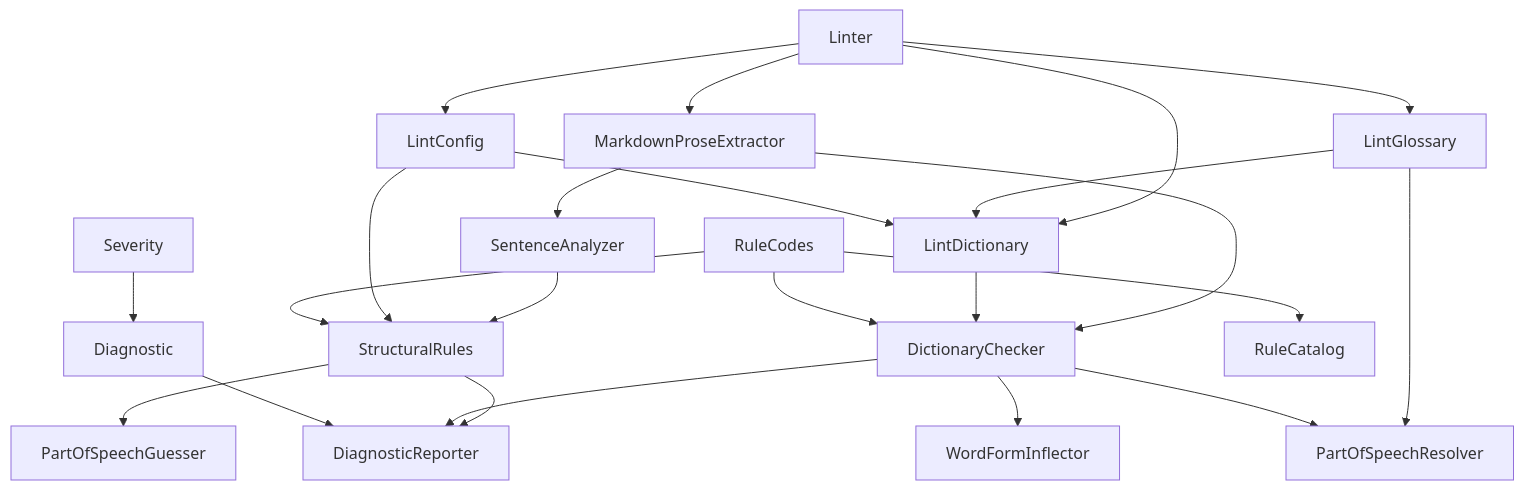
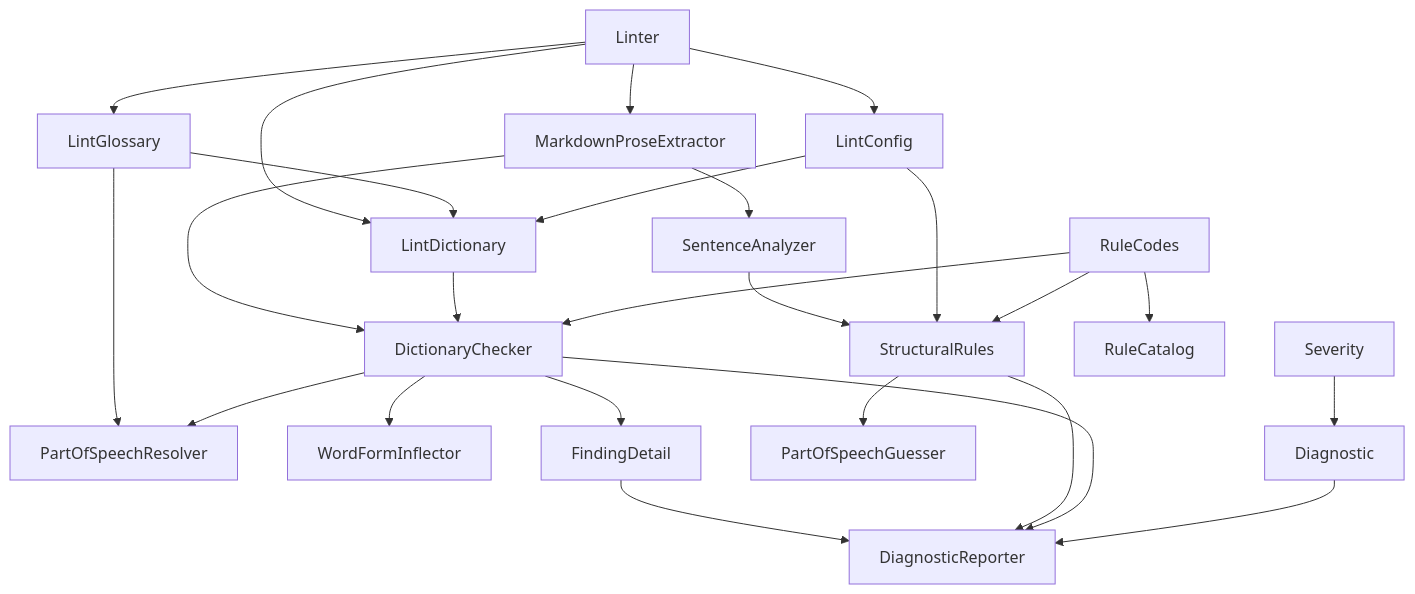
The diagram in docs/design/ste100-mark/linting.md (demaconsulting/Ste100Mark), drawn with Mermaid before and after one commit. The commit also changed other lines of this file and 23 other files, not shown here.

````diff
--- a/docs/design/ste100-mark/linting.md
+++ b/docs/design/ste100-mark/linting.md
@@ -119,25 +122,27 @@
 ```mermaid
 flowchart TD
     Linter --> LintConfig
     Linter --> LintDictionary
     Linter --> LintGlossary
     LintGlossary --> LintDictionary
     LintGlossary --> PartOfSpeechResolver
     Linter --> MarkdownProseExtractor
     MarkdownProseExtractor --> SentenceAnalyzer
     MarkdownProseExtractor --> DictionaryChecker
     SentenceAnalyzer --> StructuralRules
     LintConfig --> StructuralRules
     LintConfig --> LintDictionary
     LintDictionary --> DictionaryChecker
     DictionaryChecker --> PartOfSpeechResolver
     DictionaryChecker --> WordFormInflector
+    DictionaryChecker --> FindingDetail
+    FindingDetail --> DiagnosticReporter
     StructuralRules --> PartOfSpeechGuesser
     StructuralRules --> DiagnosticReporter
     DictionaryChecker --> DiagnosticReporter
     Severity --> Diagnostic
     Diagnostic --> DiagnosticReporter
     RuleCodes --> RuleCatalog
     RuleCodes --> StructuralRules
     RuleCodes --> DictionaryChecker
 ```
````
